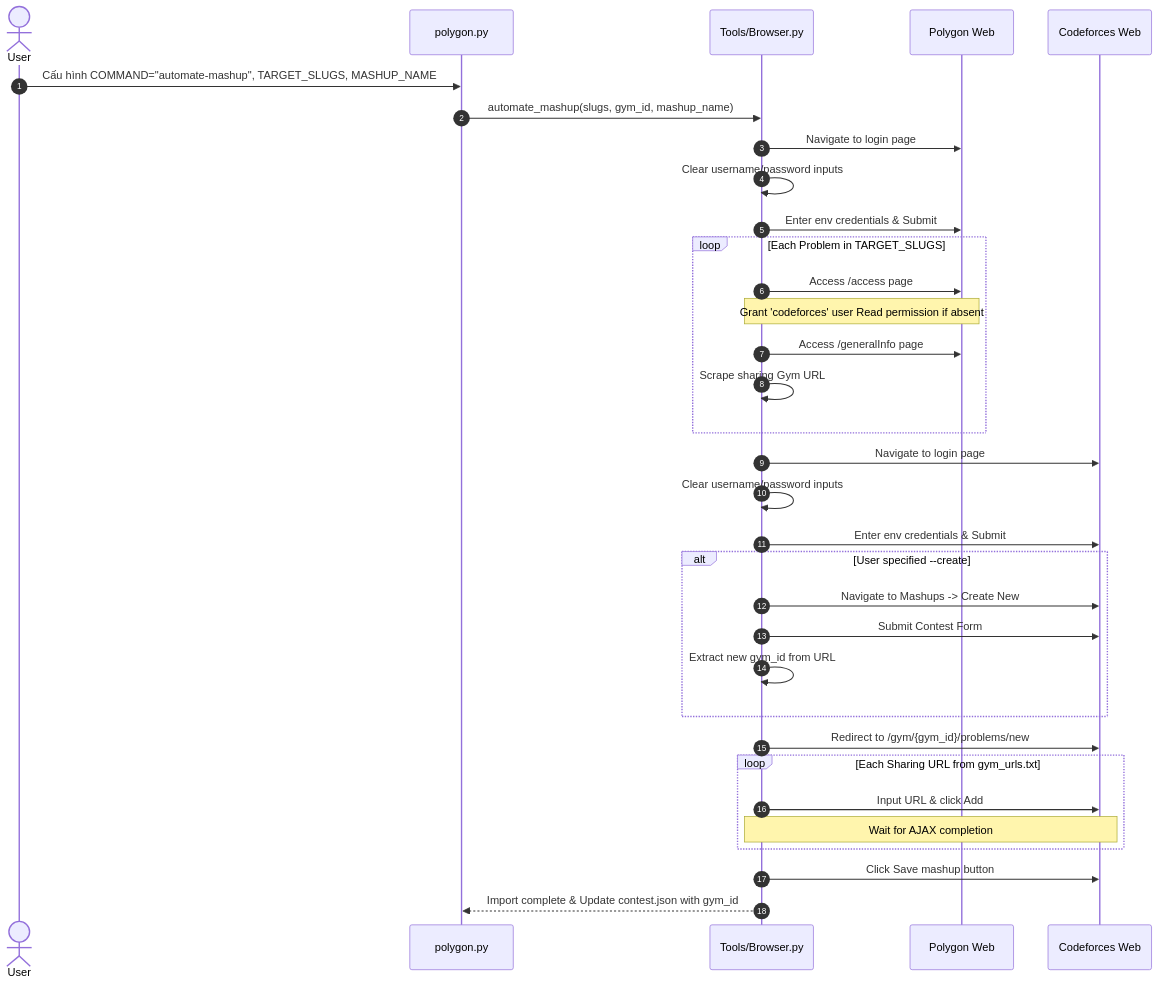
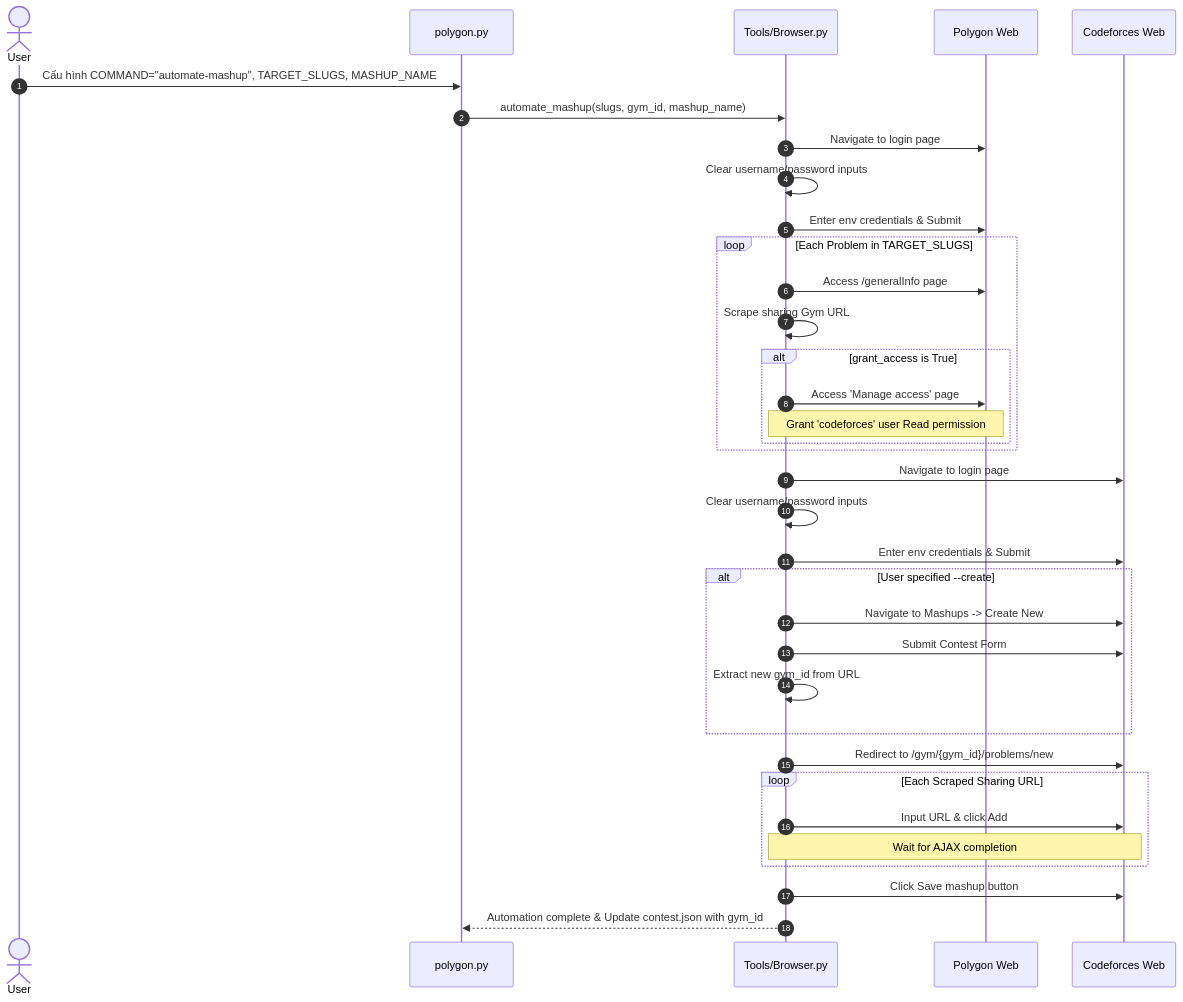
Before and after one commit to npdwuy/polygon-cli: the third of 3 diagrams in Architecture.md, drawn with Mermaid. The commit also changed other lines of this file and 1 other file, not shown here.

````diff
--- a/Architecture.md
+++ b/Architecture.md
@@ -267,39 +271,42 @@
 ```mermaid
 sequenceDiagram
     autonumber
     actor User
     participant CLI as polygon.py
     participant Browser as Tools/Browser.py
     participant Polygon as Polygon Web
     participant CF as Codeforces Web
 
     User->>CLI: Cấu hình COMMAND="automate-mashup", TARGET_SLUGS, MASHUP_NAME
     CLI->>Browser: automate_mashup(slugs, gym_id, mashup_name)
     Browser->>Polygon: Navigate to login page
     Browser->>Browser: Clear username/password inputs
     Browser->>Polygon: Enter env credentials & Submit
+    
     loop Each Problem in TARGET_SLUGS
-        Browser->>Polygon: Access /access page
-        Note over Browser, Polygon: Grant 'codeforces' user Read permission if absent
         Browser->>Polygon: Access /generalInfo page
         Browser->>Browser: Scrape sharing Gym URL
+        alt grant_access is True
+            Browser->>Polygon: Access 'Manage access' page
+            Note over Browser, Polygon: Grant 'codeforces' user Read permission
+        end
     end
     
     Browser->>CF: Navigate to login page
     Browser->>Browser: Clear username/password inputs
     Browser->>CF: Enter env credentials & Submit
     
     alt User specified --create
         Browser->>CF: Navigate to Mashups -> Create New
         Browser->>CF: Submit Contest Form
         Browser->>Browser: Extract new gym_id from URL
     end
     
     Browser->>CF: Redirect to /gym/{gym_id}/problems/new
-    loop Each Sharing URL from gym_urls.txt
+    loop Each Scraped Sharing URL
         Browser->>CF: Input URL & click Add
         Note over Browser, CF: Wait for AJAX completion
     end
     Browser->>CF: Click Save mashup button
-    Browser-->>CLI: Import complete & Update contest.json with gym_id
+    Browser-->>CLI: Automation complete & Update contest.json with gym_id
 ```
````
